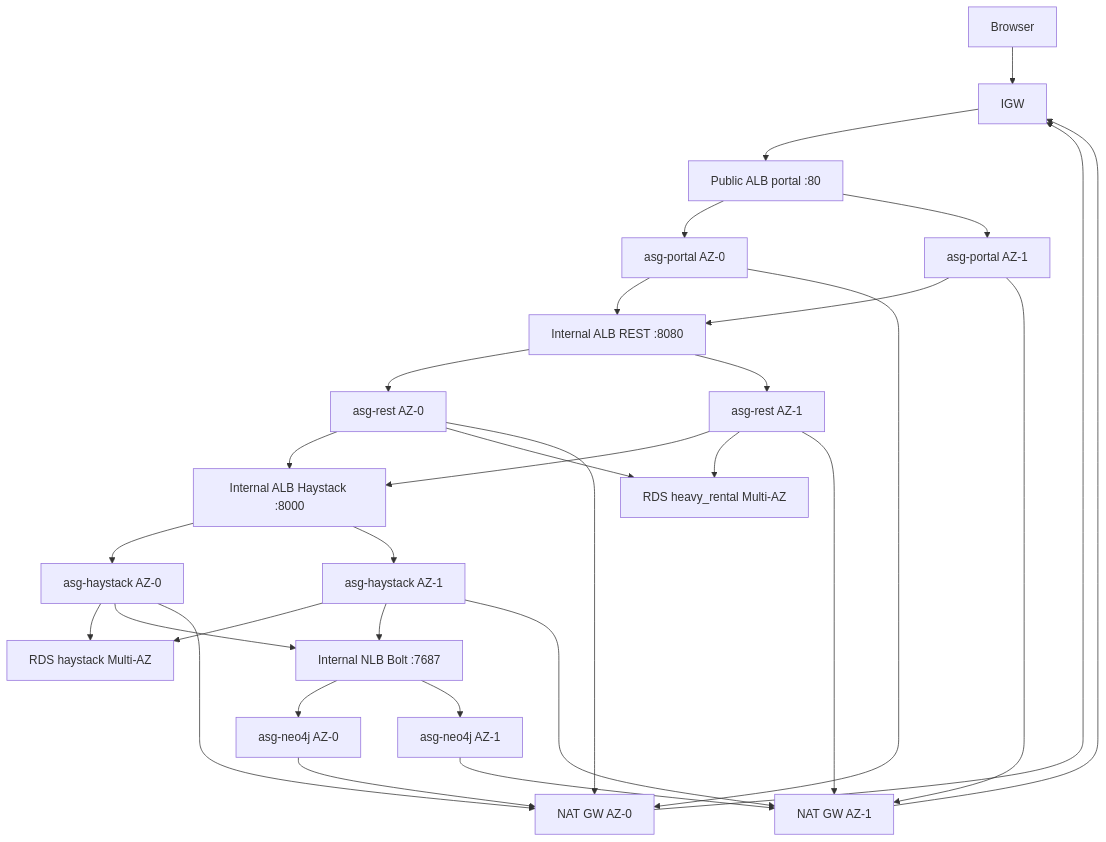
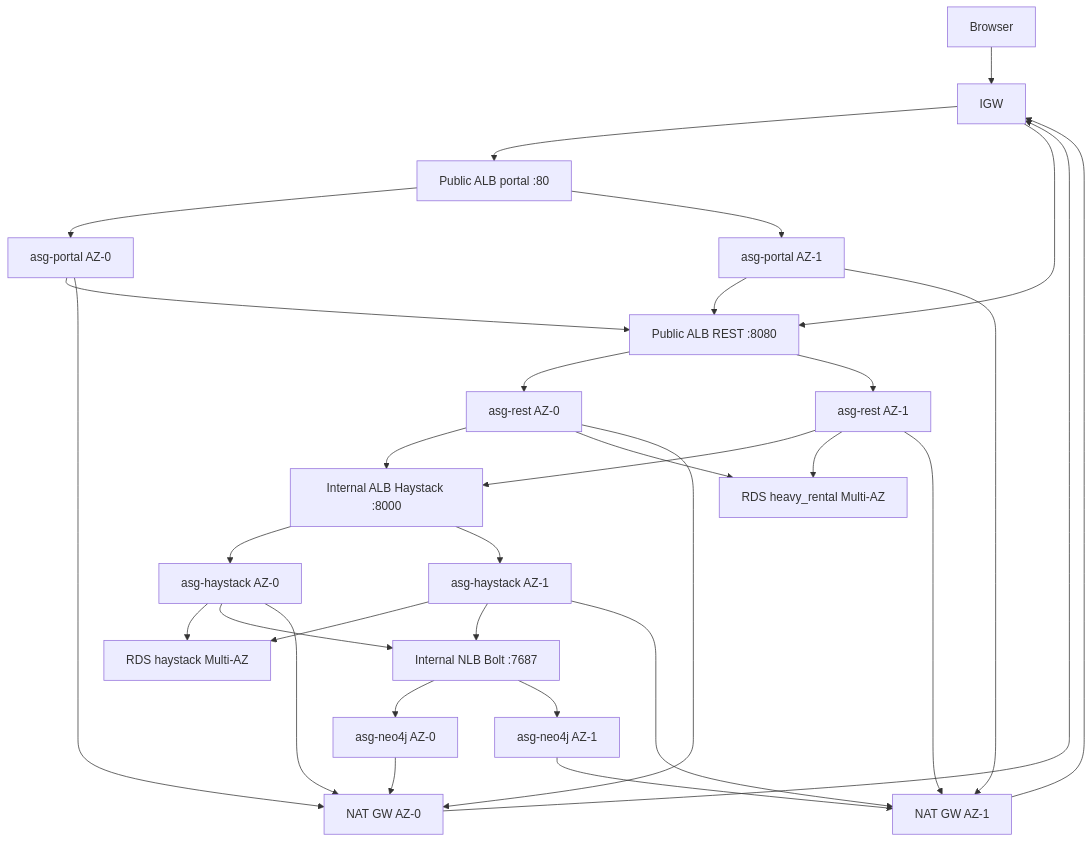
One commit to Heavy-Rental/heavy-rental-project-instructure-and-cloud-deploy changed the diagram in docs/ARCHITECTURE.md. Above: the diagram before and after it, drawn with Mermaid. The commit also changed other lines of this file and 48 other files, not shown here.

First line of the commit message:
HR-229 Add paid AWS infra Action with its own job graph and public REST ALB.

````diff
--- a/docs/ARCHITECTURE.md
+++ b/docs/ARCHITECTURE.md
@@ -45,33 +45,34 @@
 ```mermaid
 flowchart TB
   browser[Browser] --> igw[IGW]
   igw --> albP[Public ALB portal :80]
+  igw --> albR[Public ALB REST :8080]
   albP --> asgP0[asg-portal AZ-0]
   albP --> asgP1[asg-portal AZ-1]
-  asgP0 --> albR[Internal ALB REST :8080]
+  asgP0 --> albR
   asgP1 --> albR
   albR --> asgR0[asg-rest AZ-0]
   albR --> asgR1[asg-rest AZ-1]
   asgR0 --> albH[Internal ALB Haystack :8000]
   asgR1 --> albH
   albH --> asgH0[asg-haystack AZ-0]
   albH --> asgH1[asg-haystack AZ-1]
   asgR0 --> rdsSor[RDS heavy_rental Multi-AZ]
   asgR1 --> rdsSor
   asgH0 --> rdsHs[RDS haystack Multi-AZ]
   asgH1 --> rdsHs
   asgH0 --> nlbN[Internal NLB Bolt :7687]
   asgH1 --> nlbN
   nlbN --> n4j0[asg-neo4j AZ-0]
   nlbN --> n4j1[asg-neo4j AZ-1]
   asgP0 --> nat0[NAT GW AZ-0]
   asgR0 --> nat0
   asgH0 --> nat0
   n4j0 --> nat0
   asgP1 --> nat1[NAT GW AZ-1]
   asgR1 --> nat1
   asgH1 --> nat1
   n4j1 --> nat1
   nat0 --> igw
   nat1 --> igw
 ```
````
